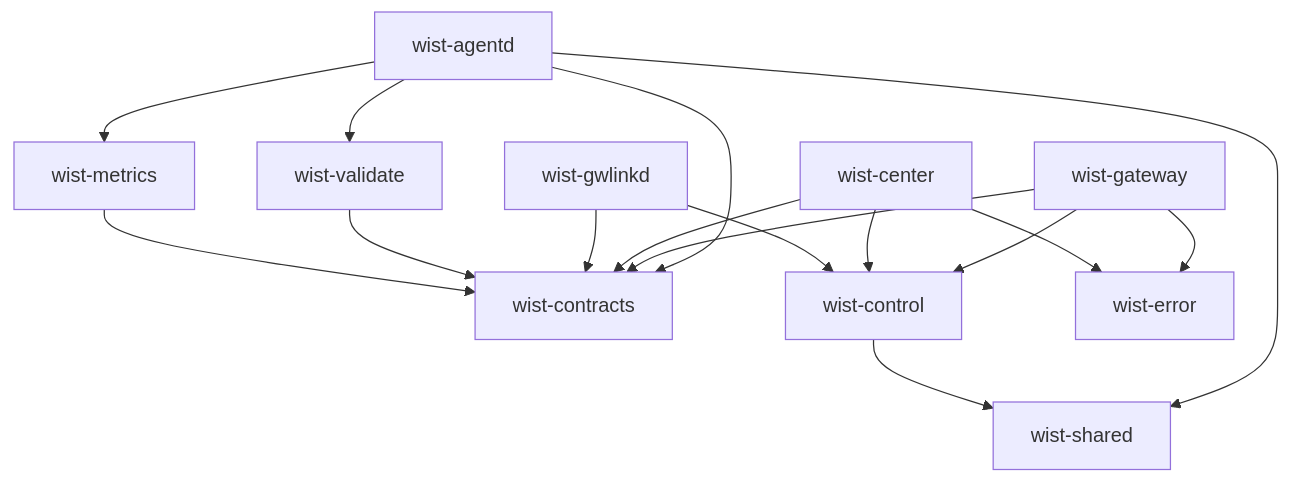
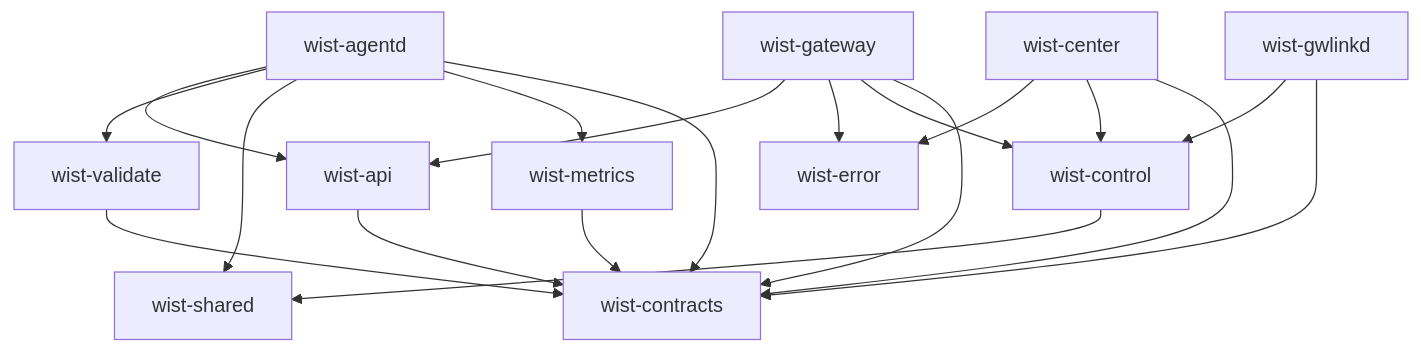
The diagram in doc/design/foundation/upgrade-order.md (dayu-sec/wist-design), drawn with Mermaid before and after one commit. The commit also changed other lines of this file and 1 other file, not shown here.

First line of the commit message:
design: seam 收敛到 wist-api + API v1/v2 并存约定

````diff
--- a/doc/design/foundation/upgrade-order.md
+++ b/doc/design/foundation/upgrade-order.md
@@ -19,18 +19,21 @@
 ```mermaid
 flowchart TD
   agentd[wist-agentd] --> contracts[wist-contracts]
   agentd --> metrics[wist-metrics]
   agentd --> shared[wist-shared]
   agentd --> validate[wist-validate]
   gateway[wist-gateway] --> contracts
   gateway --> control[wist-control]
   gateway --> error[wist-error]
   center[wist-center] --> contracts
   center --> control
   center --> error
   gwlinkd[wist-gwlinkd] --> contracts
   gwlinkd --> control
   validate --> contracts
   metrics --> contracts
   control --> shared
+  api[wist-api] --> contracts
+  agentd --> api
+  gateway --> api
 ```
````
